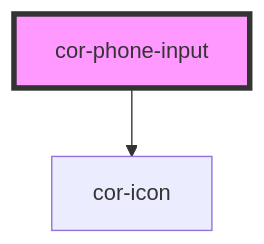
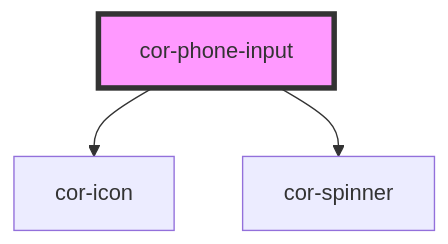
One commit to egov-moldova/design-system changed the diagram in src/components/cor-phone-input/readme.md. Above: the diagram before and after it, drawn with Mermaid. The commit also changed other lines of this file and 20 other files, not shown here.

````diff
--- a/src/components/cor-phone-input/readme.md
+++ b/src/components/cor-phone-input/readme.md
@@ -89,5 +92,6 @@
 ```mermaid
 graph TD;
   cor-phone-input --> cor-icon
+  cor-phone-input --> cor-spinner
   style cor-phone-input fill:#f9f,stroke:#333,stroke-width:4px
 ```
````
